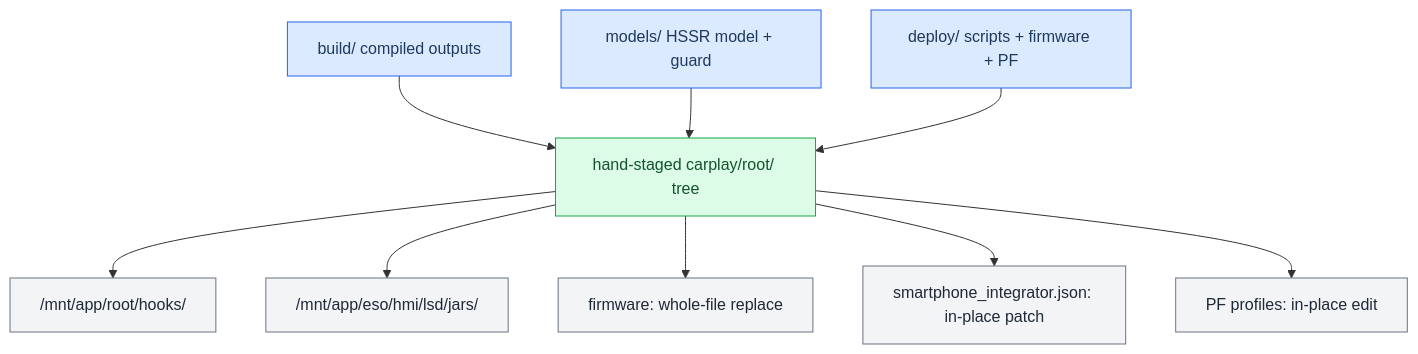
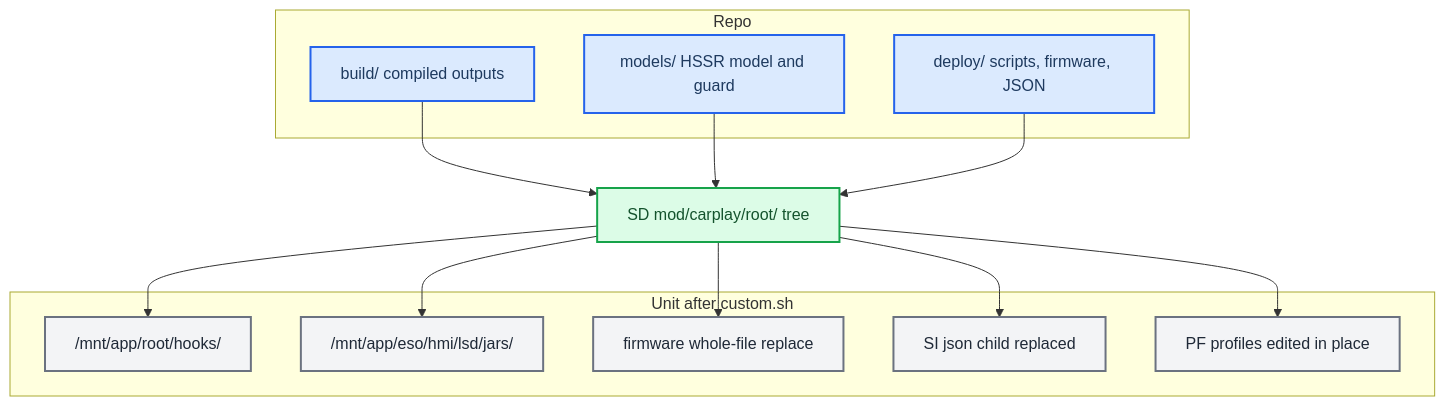
One commit to luka-dev/mib2q-carplay-rgi changed the diagram in docs-obsidian/Build and Deploy/Deploy and Release.md. Above: the diagram before and after it, drawn with Mermaid. The commit also changed other lines of this file and 43 other files, not shown here.

````diff
--- a/docs-obsidian/Build and Deploy/Deploy and Release.md
+++ b/docs-obsidian/Build and Deploy/Deploy and Release.md
@@ -17,28 +17,37 @@
 ```mermaid
 flowchart TB
   accTitle: Source folders to on-unit paths
-  accDescr: The build, models, and deploy folders are hand-assembled into a rootfs tree that custom.sh lays onto slash on the unit, with firmware and json patched in place.
-  build["build/ compiled outputs"]
-  models["models/ HSSR model + guard"]
-  deploy["deploy/ scripts + firmware + PF"]
-  stage["hand-staged carplay/root/ tree"]
-  hooks["/mnt/app/root/hooks/"]
-  jars["/mnt/app/eso/hmi/lsd/jars/"]
-  fw["firmware: whole-file replace"]
-  json["smartphone_integrator.json: in-place patch"]
-  pf["PF profiles: in-place edit"]
-  build --> stage
-  models --> stage
-  deploy --> stage
+  accDescr: The build, models and deploy folders are staged by hand into mod/carplay/root on the SD card. custom.sh copies that tree onto the unit's root, then patches the SI json and the PF profiles in place.
+
+  subgraph repo_side [Repo]
+    build_dir["build/ compiled outputs"]
+    models_dir["models/ HSSR model and guard"]
+    deploy_dir["deploy/ scripts, firmware, JSON"]
+  end
+
+  stage["SD mod/carplay/root/ tree"]
+
+  subgraph unit_side [Unit after custom.sh]
+    hooks["/mnt/app/root/hooks/"]
+    jars["/mnt/app/eso/hmi/lsd/jars/"]
+    fw["firmware whole-file replace"]
+    si_json["SI json child replaced"]
+    pf_rules["PF profiles edited in place"]
+  end
+
+  build_dir --> stage
+  models_dir --> stage
+  deploy_dir --> stage
   stage --> hooks
   stage --> jars
   stage --> fw
-  stage --> json
-  stage --> pf
-  class build,models,deploy primary
+  stage --> si_json
+  stage --> pf_rules
+
+  classDef primary fill:#dbeafe,stroke:#2563eb,stroke-width:2px,color:#1e3a5f
+  classDef success fill:#dcfce7,stroke:#16a34a,stroke-width:2px,color:#14532d
+  classDef neutral fill:#f3f4f6,stroke:#6b7280,stroke-width:2px,color:#1f2937
+  class build_dir,models_dir,deploy_dir primary
   class stage success
-  class hooks,jars,fw,json,pf neutral
-  classDef primary fill:#dbeafe,stroke:#2563eb,color:#1e3a5f
-  classDef success fill:#dcfce7,stroke:#16a34a,color:#14532d
-  classDef neutral fill:#f3f4f6,stroke:#6b7280,color:#1f2937
+  class hooks,jars,fw,si_json,pf_rules neutral
 ```
````
